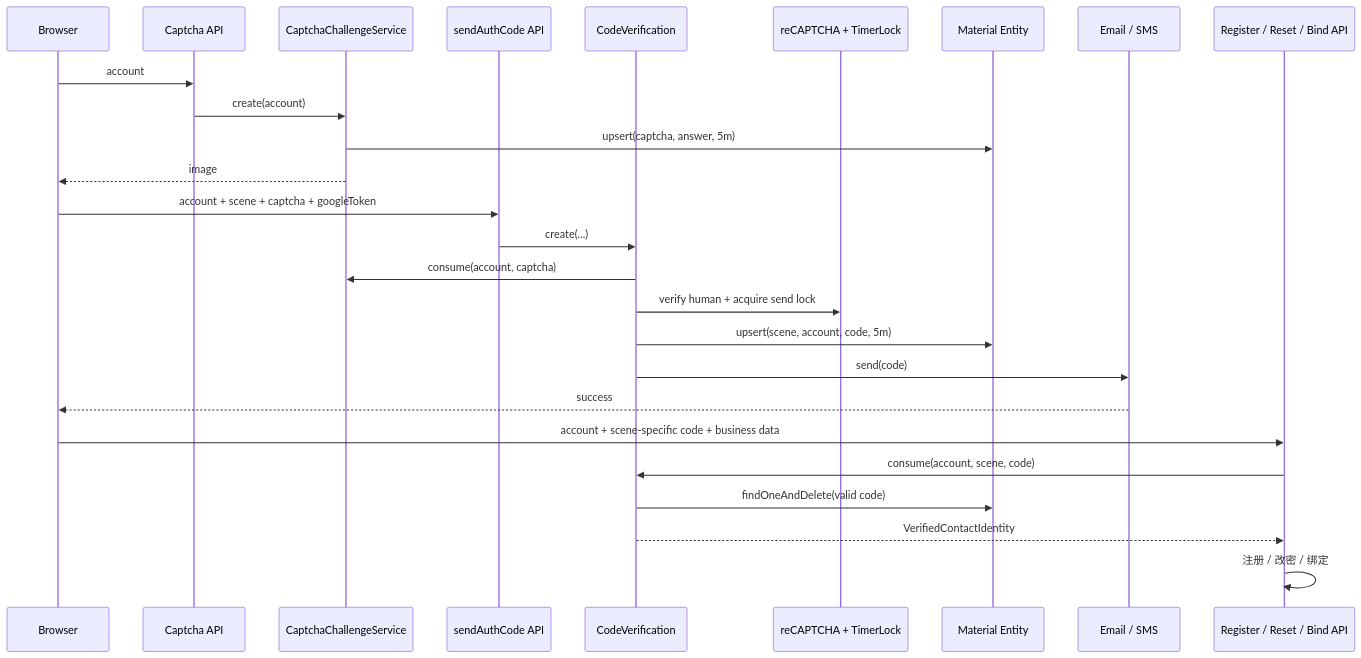
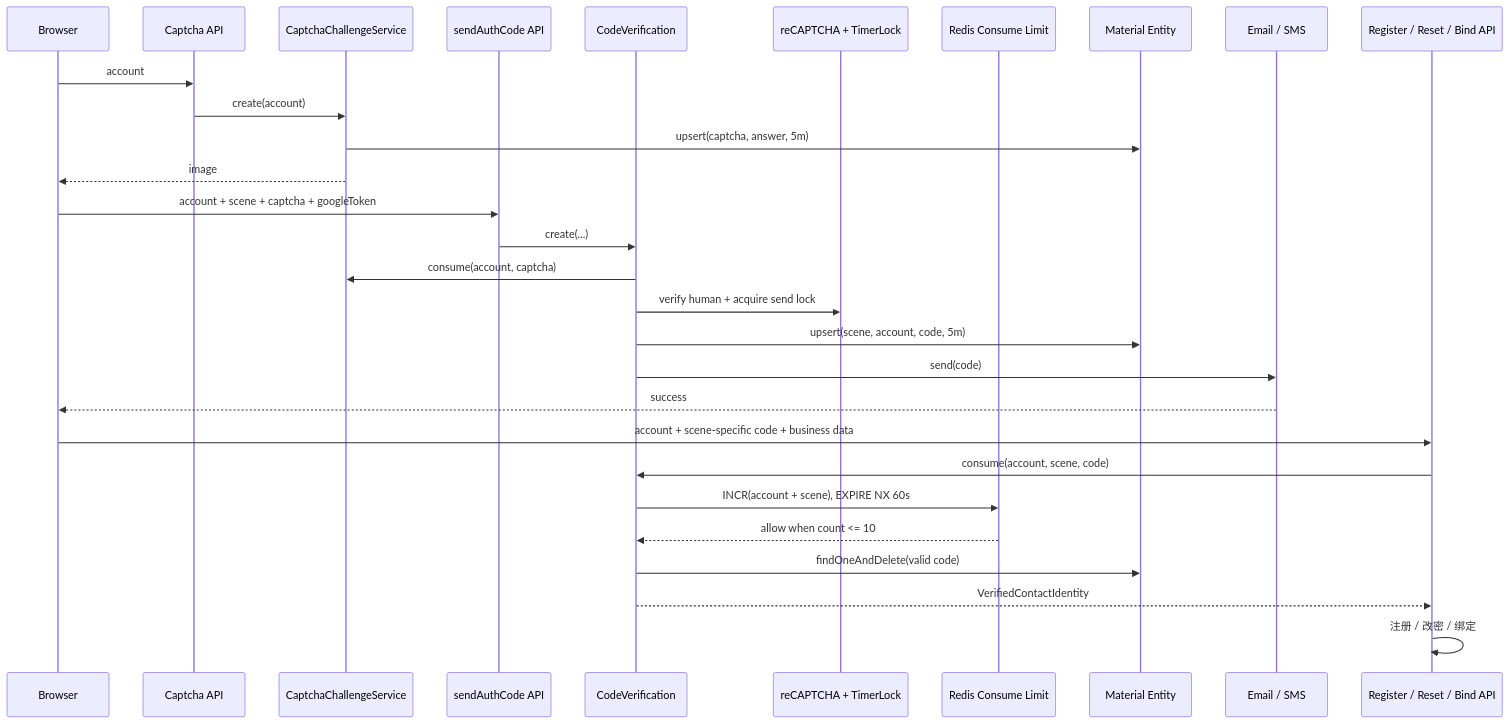
The sixth of 11 diagrams in .agents/design/account-verification/account- verification.md (labring/FastGPT), drawn with Mermaid before and after one commit. The commit also changed other lines of this file and 8 other files, not shown here.

Commit message:
fix(account-verification): code verify frequency limit

````diff
--- a/.agents/design/account-verification/account- verification.md
+++ b/.agents/design/account-verification/account- verification.md
@@ -693,29 +694,32 @@
 ```mermaid
 sequenceDiagram
   participant Browser
   participant CaptchaAPI as Captcha API
   participant Captcha as CaptchaChallengeService
   participant SendAPI as sendAuthCode API
   participant Code as CodeVerification
   participant Guard as reCAPTCHA + TimerLock
+  participant ConsumeLimit as Redis Consume Limit
   participant Material as Material Entity
   participant Message as Email / SMS
   participant Business as Register / Reset / Bind API
 
   Browser->>CaptchaAPI: account
   CaptchaAPI->>Captcha: create(account)
   Captcha->>Material: upsert(captcha, answer, 5m)
   Captcha-->>Browser: image
   Browser->>SendAPI: account + scene + captcha + googleToken
   SendAPI->>Code: create(...)
   Code->>Captcha: consume(account, captcha)
   Code->>Guard: verify human + acquire send lock
   Code->>Material: upsert(scene, account, code, 5m)
   Code->>Message: send(code)
   Message-->>Browser: success
   Browser->>Business: account + scene-specific code + business data
   Business->>Code: consume(account, scene, code)
+  Code->>ConsumeLimit: INCR(account + scene), EXPIRE NX 60s
+  ConsumeLimit-->>Code: allow when count <= 10
   Code->>Material: findOneAndDelete(valid code)
   Code-->>Business: VerifiedContactIdentity
   Business->>Business: 注册 / 改密 / 绑定
 ```
````
